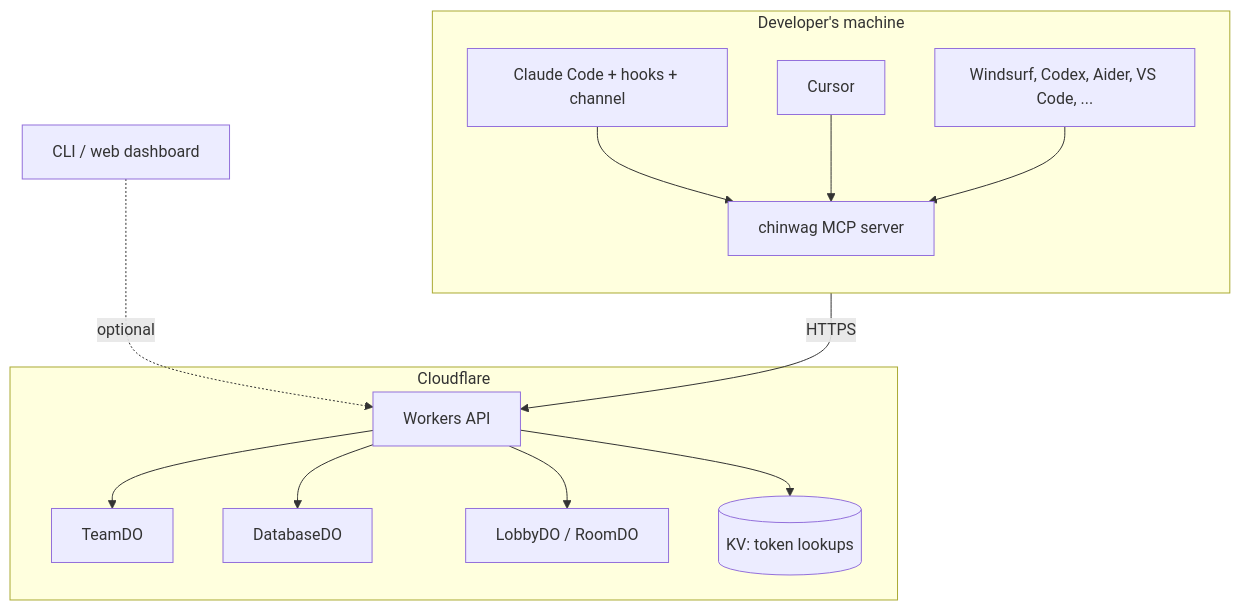
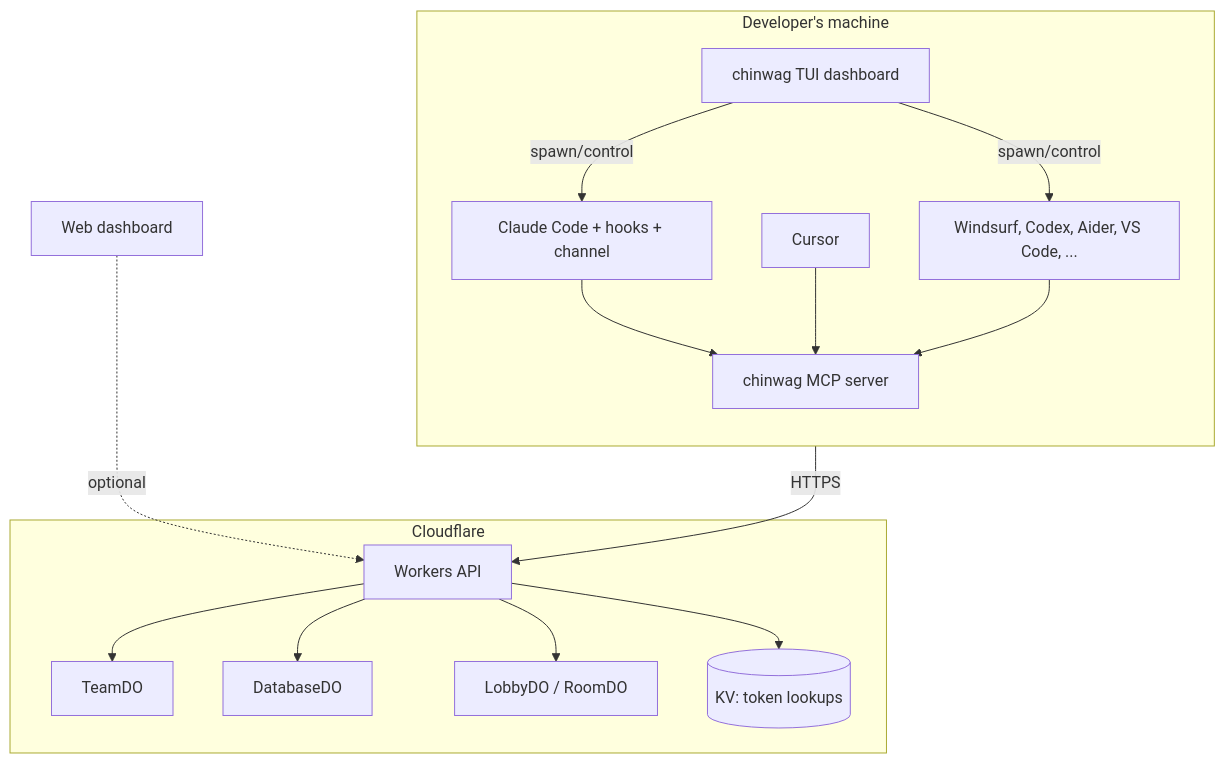
One commit to glendonC/chinwag changed the diagram in docs/ARCHITECTURE.md. Above: the diagram before and after it, drawn with Mermaid. The commit also changed other lines of this file and 22 other files, not shown here.

Commit message:
refactor(cli): simplify dashboard state and launcher flow

````diff
--- a/docs/ARCHITECTURE.md
+++ b/docs/ARCHITECTURE.md
@@ -55,29 +55,32 @@
 ```mermaid
 flowchart TB
   subgraph machine["Developer's machine"]
     direction TB
+    TUI[chinwag TUI dashboard]
     T1[Claude Code + hooks + channel]
     T2[Cursor]
     T3[Windsurf, Codex, Aider, VS Code, ...]
     MCP[chinwag MCP server]
+    TUI -->|spawn/control| T1
+    TUI -->|spawn/control| T3
     T1 --> MCP
     T2 --> MCP
     T3 --> MCP
   end
 
   subgraph cloud["Cloudflare"]
     W[Workers API]
     TE[TeamDO]
     DB[DatabaseDO]
     LO[LobbyDO / RoomDO]
     KV[(KV: token lookups)]
     MCP -->|HTTPS| W
     W --> TE
     W --> DB
     W --> LO
     W --> KV
   end
 
-  H[CLI / web dashboard]
+  H[Web dashboard]
   H -.->|optional| W
 ```
````
